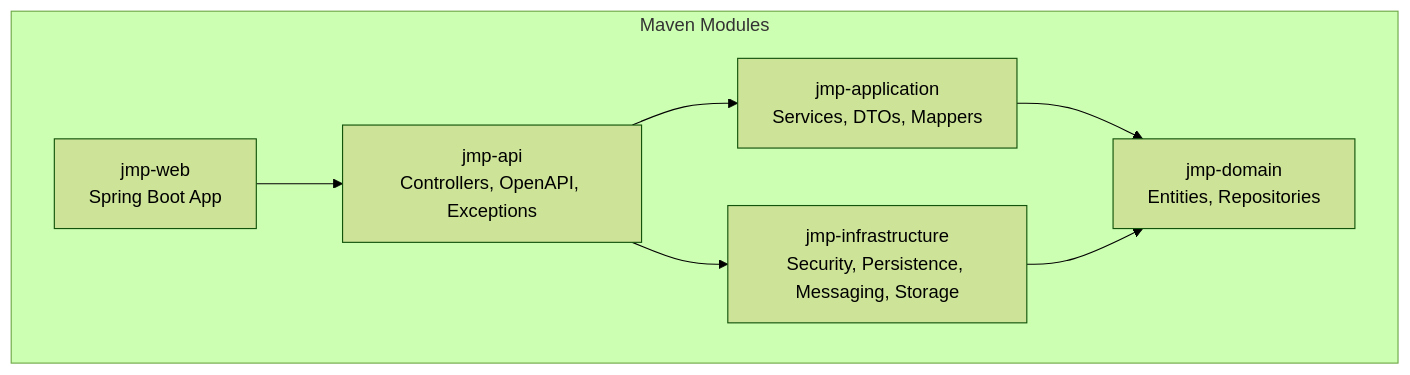
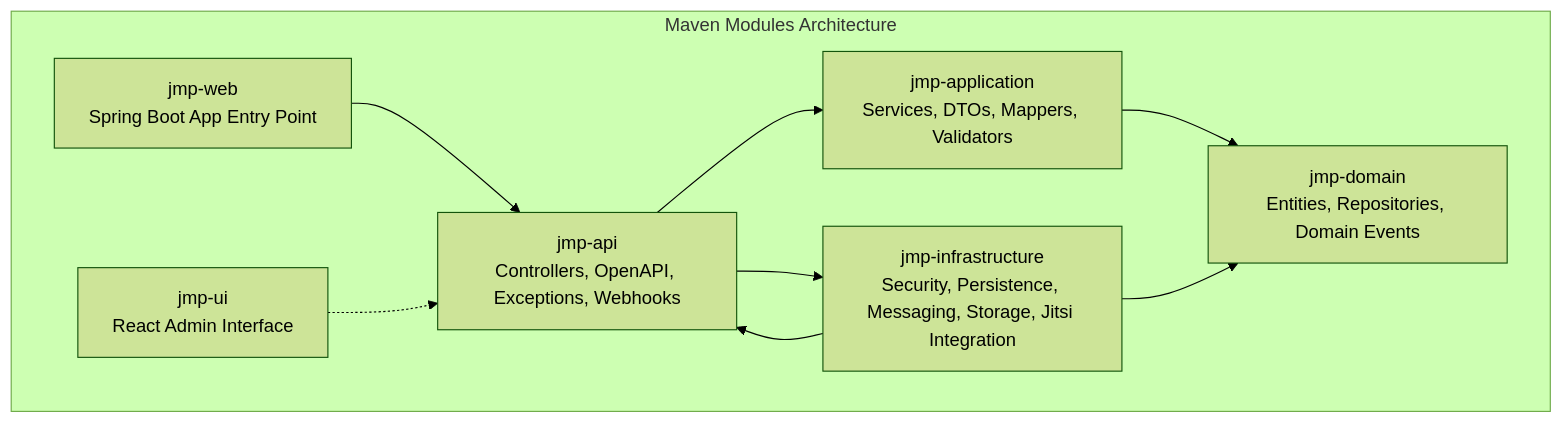
One commit to Vostrikov2014/vks-qoder changed the first of 12 diagrams in .qoder/repowiki/en/content/Project Overview/Architecture Overview.md. Above: the diagram before and after it, drawn with Mermaid (forest theme). The commit also changed other lines of this file and 9 other files, not shown here.

````diff
--- a/.qoder/repowiki/en/content/Project Overview/Architecture Overview.md
+++ b/.qoder/repowiki/en/content/Project Overview/Architecture Overview.md
@@ -56,15 +74,18 @@
 ```mermaid
 graph TB
-subgraph "Maven Modules"
-D["jmp-domain<br/>Entities, Repositories"]
-A["jmp-application<br/>Services, DTOs, Mappers"]
-I["jmp-infrastructure<br/>Security, Persistence, Messaging, Storage"]
-P["jmp-api<br/>Controllers, OpenAPI, Exceptions"]
-W["jmp-web<br/>Spring Boot App"]
+subgraph "Maven Modules Architecture"
+D["jmp-domain<br/>Entities, Repositories, Domain Events"]
+A["jmp-application<br/>Services, DTOs, Mappers, Validators"]
+I["jmp-infrastructure<br/>Security, Persistence, Messaging, Storage, Jitsi Integration"]
+P["jmp-api<br/>Controllers, OpenAPI, Exceptions, Webhooks"]
+W["jmp-web<br/>Spring Boot App Entry Point"]
+UI["jmp-ui<br/>React Admin Interface"]
 end
 W --> P
 P --> A
 P --> I
 A --> D
 I --> D
+I --> P
+UI -.-> P
 ```
````
